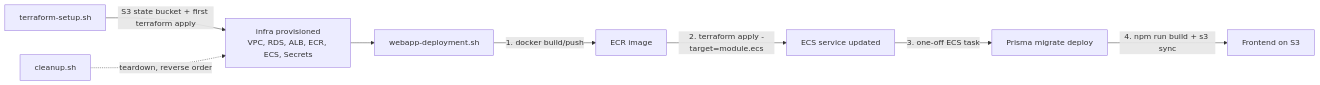
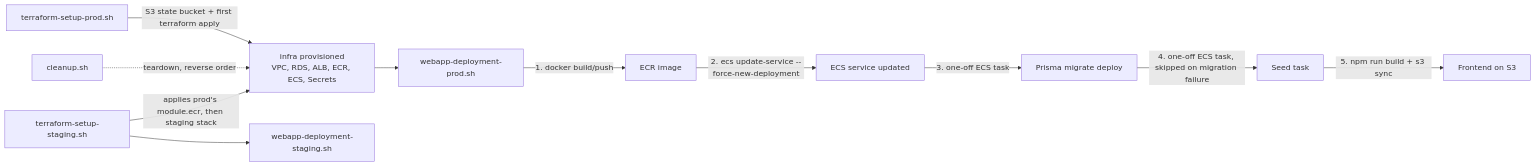
The fourth of 4 diagrams in docs/architecture.md (mykaelHunter/opsshield), drawn with Mermaid before and after one commit. The commit also changed other lines of this file and 2 other files, not shown here.

````diff
--- a/docs/architecture.md
+++ b/docs/architecture.md
@@ -95,10 +104,13 @@
 ```mermaid
 flowchart LR
-    A[terraform-setup.sh] -->|"S3 state bucket + first terraform apply"| B[infra provisioned<br/>VPC, RDS, ALB, ECR, ECS, Secrets]
-    B --> C[webapp-deployment.sh]
+    A[terraform-setup-prod.sh] -->|"S3 state bucket + first terraform apply"| B[infra provisioned<br/>VPC, RDS, ALB, ECR, ECS, Secrets]
+    B --> C[webapp-deployment-prod.sh]
     C -->|"1. docker build/push"| D[ECR image]
-    D -->|"2. terraform apply -target=module.ecs"| E[ECS service updated]
+    D -->|"2. ecs update-service --force-new-deployment"| E[ECS service updated]
     E -->|"3. one-off ECS task"| F[Prisma migrate deploy]
-    F -->|"4. npm run build + s3 sync"| G[Frontend on S3]
+    F -->|"4. one-off ECS task, skipped on migration failure"| FS[Seed task]
+    FS -->|"5. npm run build + s3 sync"| G[Frontend on S3]
     H[cleanup.sh] -.->|teardown, reverse order| B
+    I[terraform-setup-staging.sh] -->|"applies prod's module.ecr, then staging stack"| B
+    I --> J[webapp-deployment-staging.sh]
 ```
````
